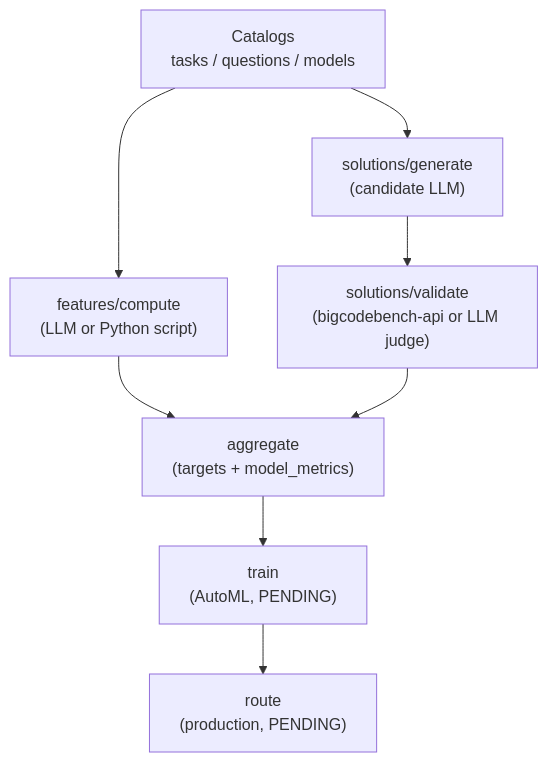
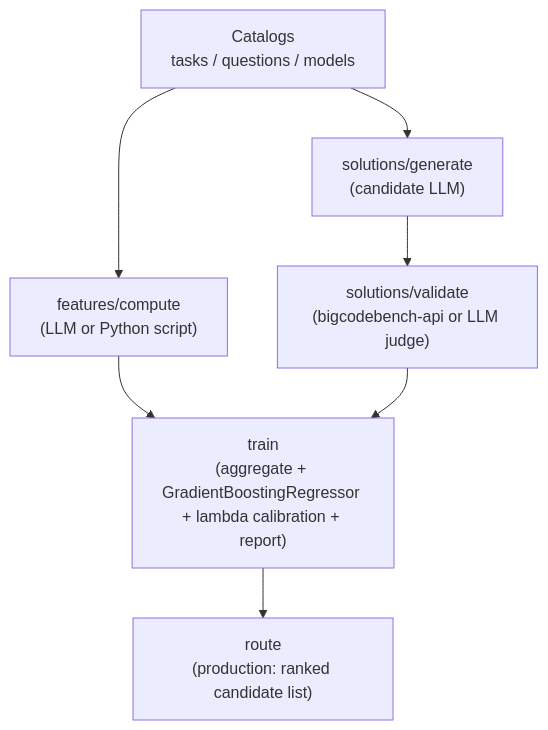
Before and after one commit to Timia-Group/routerkit: the second of 2 diagrams in README.md, drawn with Mermaid. The commit also changed other lines of this file and 11 other files, not shown here.

````diff
--- a/README.md
+++ b/README.md
@@ -87,10 +99,9 @@
 ```mermaid
 flowchart TD
     A["Catalogs<br/>tasks / questions / models"] --> B["features/compute<br/>(LLM or Python script)"]
     A --> C["solutions/generate<br/>(candidate LLM)"]
     C --> D["solutions/validate<br/>(bigcodebench-api or LLM judge)"]
-    B --> E["aggregate<br/>(targets + model_metrics)"]
-    D --> E
-    E --> F["train<br/>(AutoML, PENDING)"]
-    F --> G["route<br/>(production, PENDING)"]
+    B --> F["train<br/>(aggregate + GradientBoostingRegressor + lambda calibration + report)"]
+    D --> F
+    F --> G["route<br/>(production: ranked candidate list)"]
 ```
````
